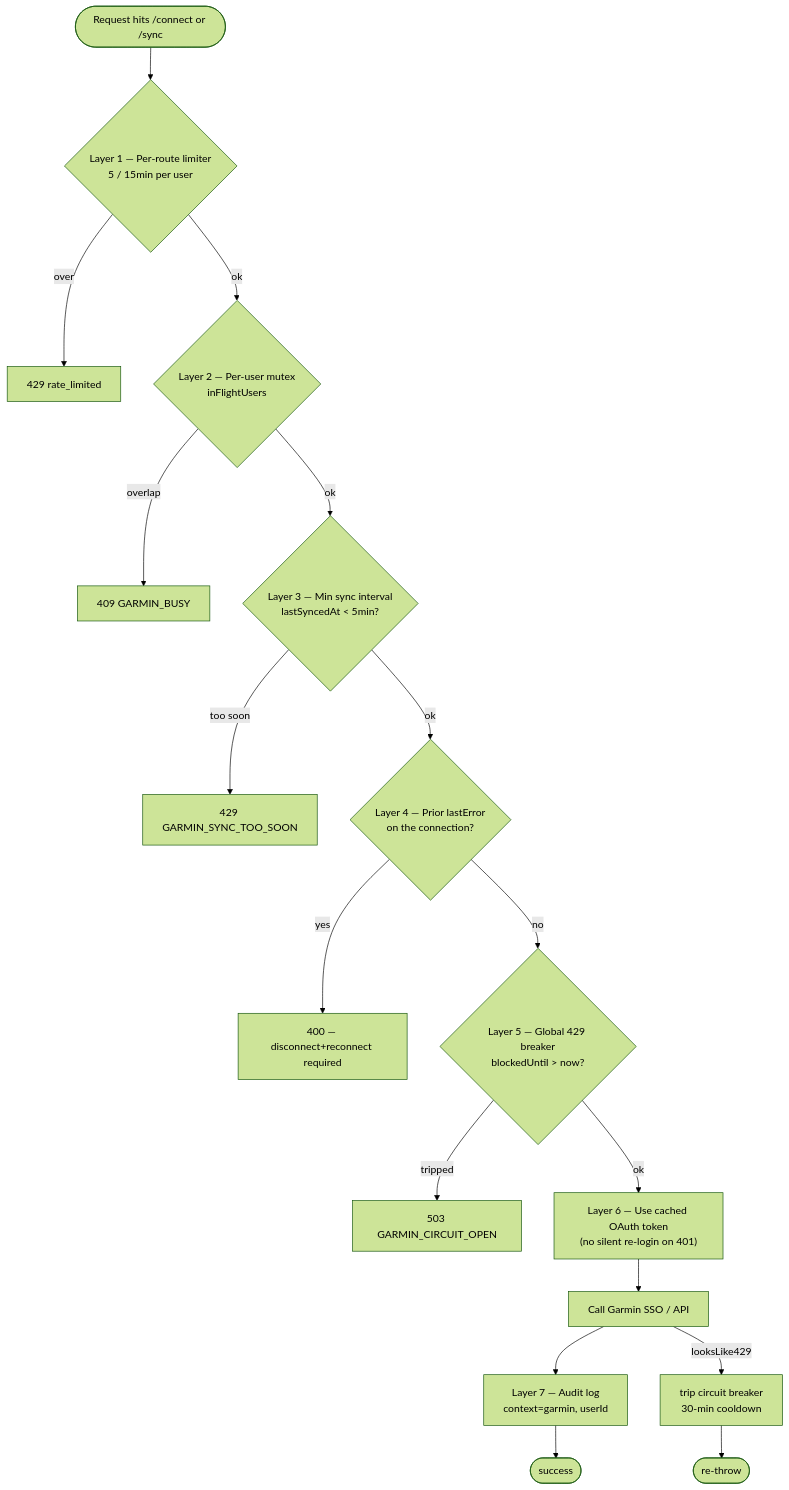
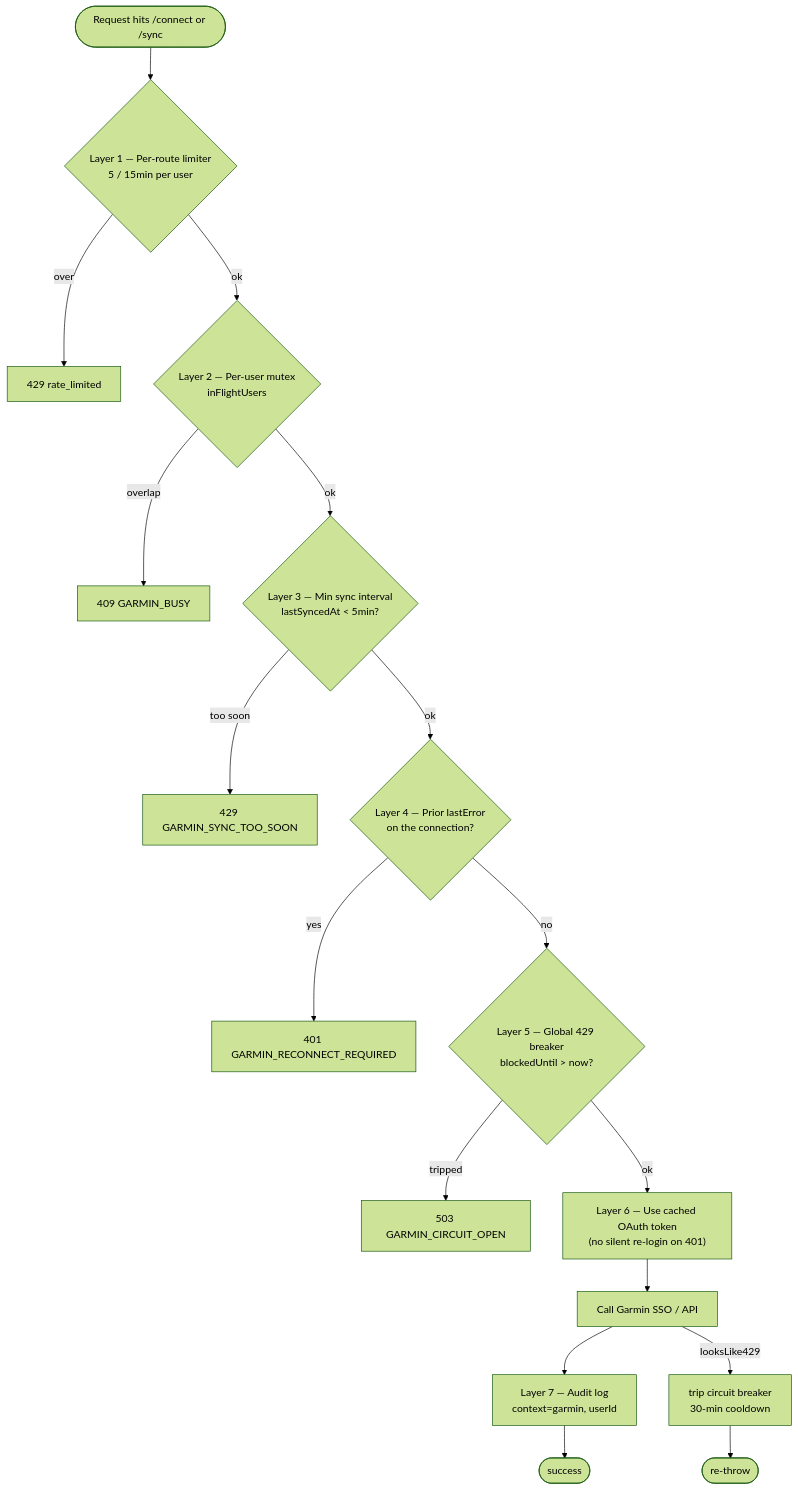
Before and after one commit to daler91/Hyrox-Companion: the second of 2 diagrams in docs/integrations.md, drawn with Mermaid (forest theme). The commit also changed other lines of this file and 12 other files, not shown here.

````diff
--- a/docs/integrations.md
+++ b/docs/integrations.md
@@ -242,19 +245,19 @@
 ```mermaid
 flowchart TD
     Req([Request hits /connect or /sync]) --> L1{"Layer 1 — Per-route limiter<br/>5 / 15min per user"}
     L1 -- over --> R429a["429 rate_limited"]
     L1 -- ok --> L2{"Layer 2 — Per-user mutex<br/>inFlightUsers"}
     L2 -- overlap --> R409["409 GARMIN_BUSY"]
     L2 -- ok --> L3{"Layer 3 — Min sync interval<br/>lastSyncedAt &lt; 5min?"}
     L3 -- too soon --> R429b["429 GARMIN_SYNC_TOO_SOON"]
     L3 -- ok --> L4{"Layer 4 — Prior lastError<br/>on the connection?"}
-    L4 -- yes --> R400["400 — disconnect+reconnect required"]
+    L4 -- yes --> R401["401 GARMIN_RECONNECT_REQUIRED"]
     L4 -- no --> L5{"Layer 5 — Global 429 breaker<br/>blockedUntil &gt; now?"}
     L5 -- tripped --> R503["503 GARMIN_CIRCUIT_OPEN"]
     L5 -- ok --> L6["Layer 6 — Use cached OAuth token<br/>(no silent re-login on 401)"]
     L6 --> Call[Call Garmin SSO / API]
     Call --> Audit["Layer 7 — Audit log<br/>context=garmin, userId"]
     Call -- looksLike429 --> Trip[trip circuit breaker<br/>30-min cooldown]
     Trip --> Fail([re-throw])
     Audit --> Ok([success])
 ```
````
